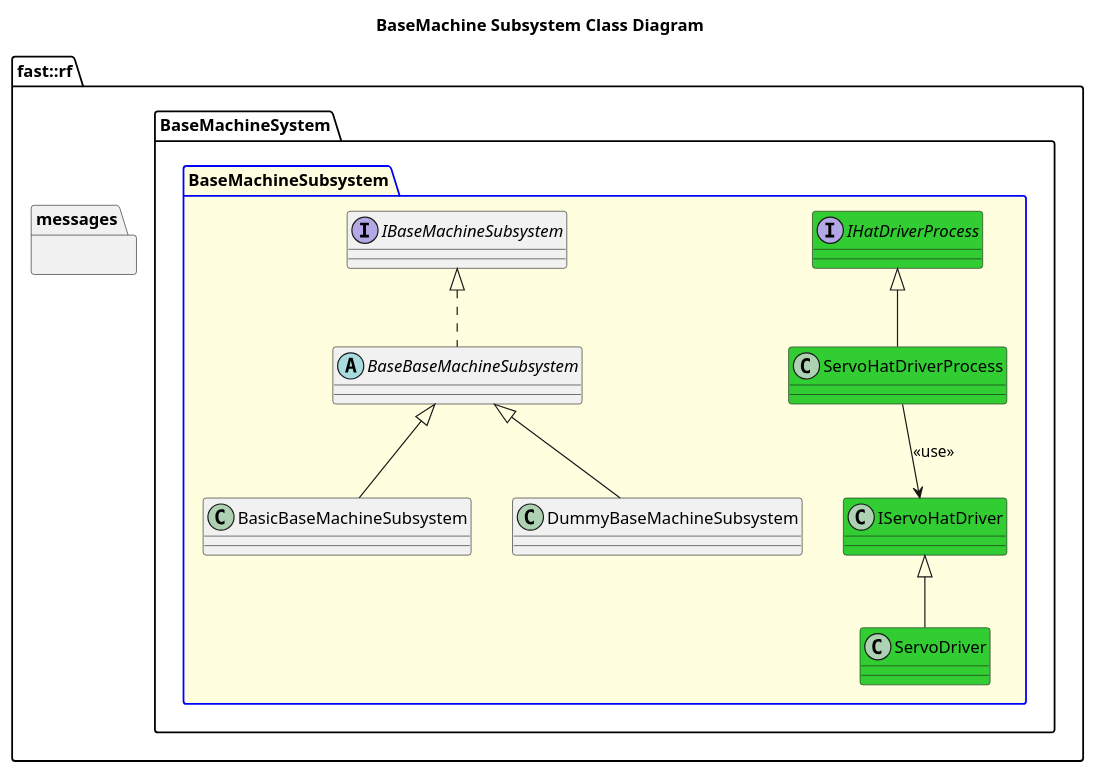
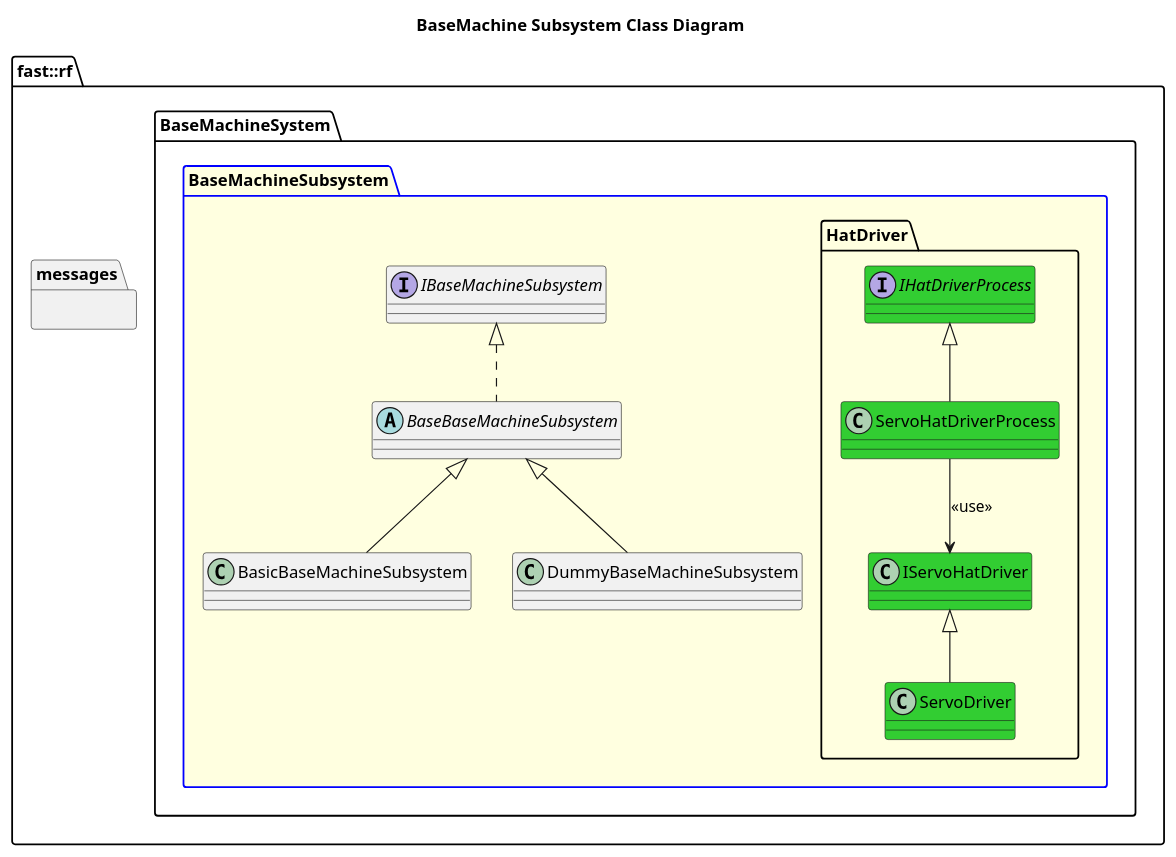
Before and after one commit to fastrobotics/robot_framework: the diagram in Systems/BaseMachine/Subsystems/BaseMachine/doc/puml/BaseMachineSubsystemClassDiagram.puml, drawn with PlantUML. The commit also changed 193 other files, not shown here.

```diff
--- a/Systems/BaseMachine/Subsystems/BaseMachine/doc/puml/BaseMachineSubsystemClassDiagram.puml
+++ b/Systems/BaseMachine/Subsystems/BaseMachine/doc/puml/BaseMachineSubsystemClassDiagram.puml
@@ -1,32 +1,34 @@
 @startuml
 title BaseMachine Subsystem Class Diagram
 namespace fast::rf {
   namespace messages {
   }
   namespace BaseMachineSystem {
     package BaseMachineSubsystem #LightYellow;line:blue  {
       interface IBaseMachineSubsystem {
 
       }
       abstract BaseBaseMachineSubsystem {
 
       }
       BaseBaseMachineSubsystem .up.|> IBaseMachineSubsystem
       class BasicBaseMachineSubsystem {
       }
       BasicBaseMachineSubsystem -up-|> BaseBaseMachineSubsystem
       class DummyBaseMachineSubsystem {
       }
       DummyBaseMachineSubsystem -up-|> BaseBaseMachineSubsystem
-      interface IHatDriverProcess #LimeGreen
-      class ServoHatDriverProcess #LimeGreen
-      ServoHatDriverProcess -up-|> IHatDriverProcess
-      class IServoHatDriver #LimeGreen
-      class ServoDriver #LimeGreen
-      ServoDriver -up-|> IServoHatDriver
-      ServoHatDriverProcess --> IServoHatDriver: <<use>>
+      namespace HatDriver {
+        interface IHatDriverProcess #LimeGreen
+        class ServoHatDriverProcess #LimeGreen
+        ServoHatDriverProcess -up-|> IHatDriverProcess
+        class IServoHatDriver #LimeGreen
+        class ServoDriver #LimeGreen
+        ServoDriver -up-|> IServoHatDriver
+        ServoHatDriverProcess --> IServoHatDriver: <<use>>
+      }
 
     }
   }
 }
 @enduml
```
